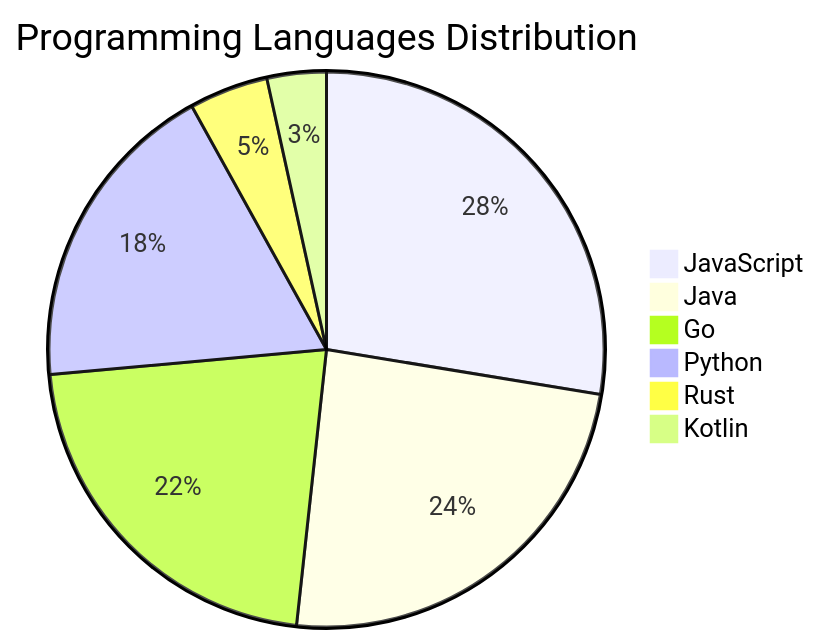
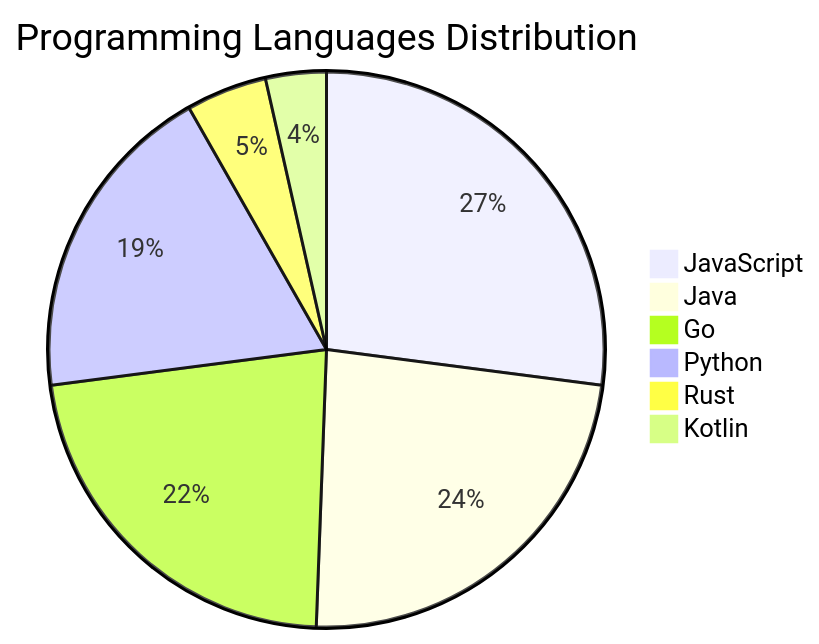
The diagram in README.md (Derrick-MUGISHA/github-activity-bot), drawn with Mermaid before and after one commit. The commit also changed other lines of this file and 3 other files, not shown here.

````diff
--- a/README.md
+++ b/README.md
@@ -72,9 +72,9 @@
 ```mermaid
 pie title Programming Languages Distribution
-    "JavaScript" : 24
-    "Java" : 21
+    "JavaScript" : 23
+    "Java" : 20
     "Go" : 19
     "Python" : 16
     "Rust" : 4
     "Kotlin" : 3
 ```
````
